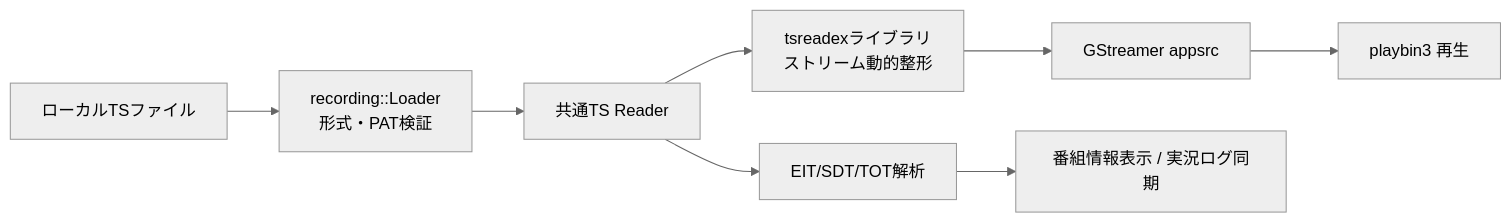
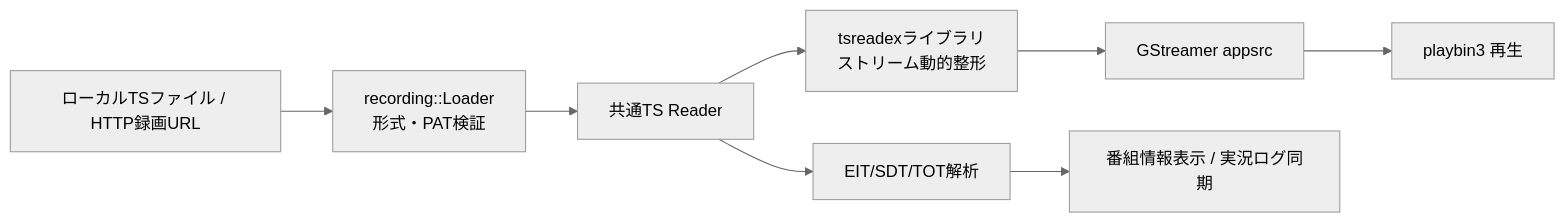
One commit to ouvill/NagameTV changed the diagram in docs/recording-playback.md. Above: the diagram before and after it, drawn with Mermaid (neutral theme). The commit also changed other lines of this file and 22 other files, not shown here.

````diff
--- a/docs/recording-playback.md
+++ b/docs/recording-playback.md
@@ -45,10 +64,10 @@
 ```mermaid
 flowchart LR
-    File[ローカルTSファイル] --> Loader[recording::Loader<br/>形式・PAT検証]
+    File[ローカルTSファイル / HTTP録画URL] --> Loader[recording::Loader<br/>形式・PAT検証]
     Loader --> Reader[共通TS Reader]
     Reader --> Filter[tsreadexライブラリ<br/>ストリーム動的整形]
     Filter --> AppSrc[GStreamer appsrc]
     AppSrc --> Playbin[playbin3 再生]
     Reader --> PSI[EIT/SDT/TOT解析]
     PSI --> UI[番組情報表示 / 実況ログ同期]
 ```
````
